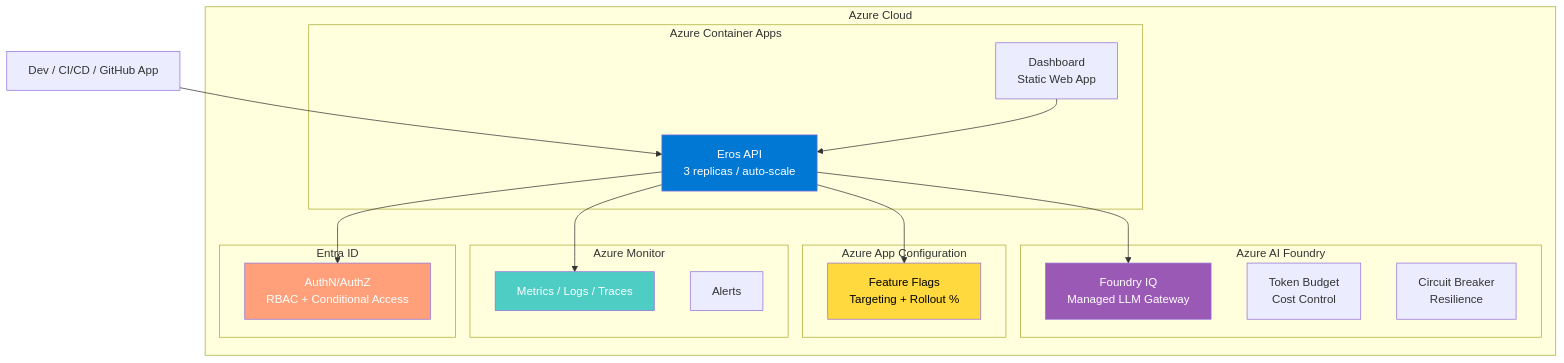
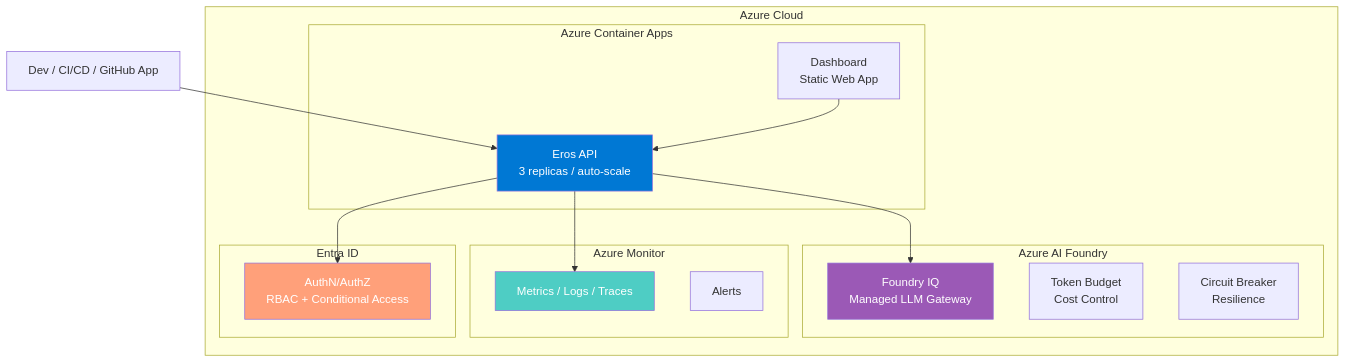
Before and after one commit to raulrodriguezmesia-blip/eros-ai: the second of 2 diagrams in README.md, drawn with Mermaid. The commit also changed other lines of this file, not shown here.

````diff
--- a/README.md
+++ b/README.md
@@ -526,41 +526,35 @@
 ```mermaid
 graph TB
     subgraph "Azure Cloud"
         subgraph "Azure Container Apps"
             API[Eros API<br/>3 replicas / auto-scale]
             DASH[Dashboard<br/>Static Web App]
         end
         
         subgraph "Azure AI Foundry"
             FIQ[Foundry IQ<br/>Managed LLM Gateway]
             TB[Token Budget<br/>Cost Control]
             CB[Circuit Breaker<br/>Resilience]
         end
         
-        subgraph "Azure App Configuration"
-            FF[Feature Flags<br/>Targeting + Rollout %]
-        end
-        
         subgraph "Azure Monitor"
             MET[Metrics / Logs / Traces]
             ALT[Alerts]
         end
         
         subgraph "Entra ID"
             AUTH[AuthN/AuthZ<br/>RBAC + Conditional Access]
         end
     end
     
     CLIENT[Dev / CI/CD / GitHub App] --> API
     API --> FIQ
-    API --> FF
     API --> MET
     API --> AUTH
     DASH --> API
     
     style API fill:#0078D4,color:#fff
     style FIQ fill:#9B59B6,color:#fff
-    style FF fill:#FFD93D,color:#000
     style MET fill:#4ECDC4,color:#fff
     style AUTH fill:#FFA07A,color:#fff
 ```
````
